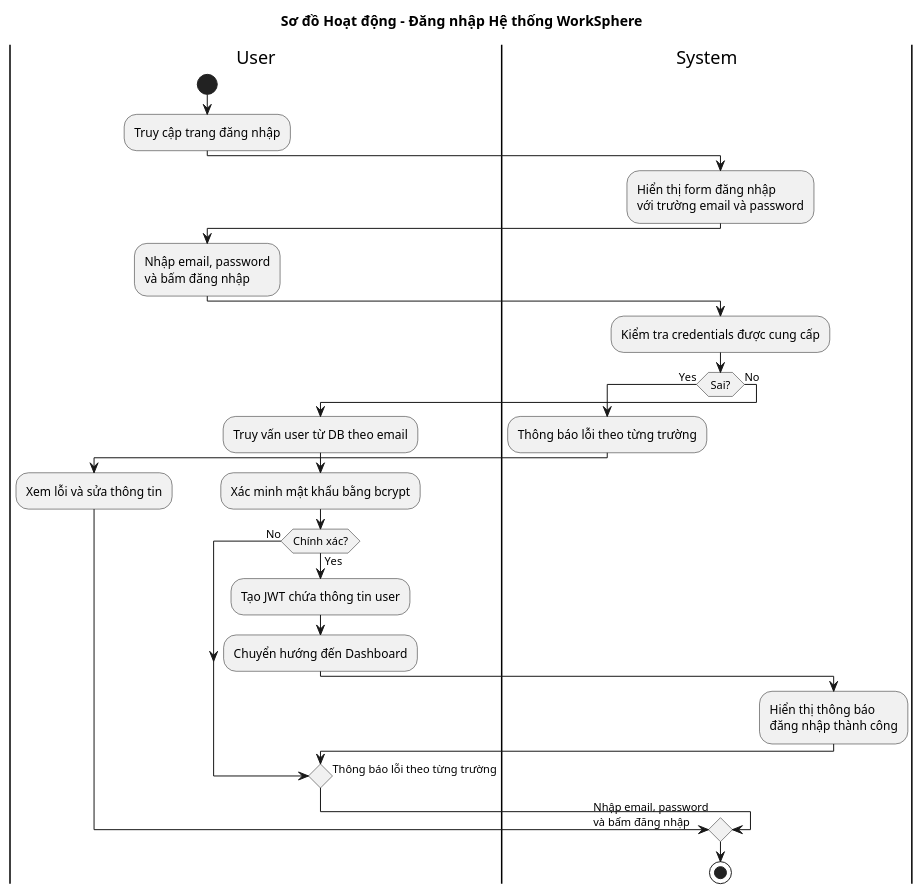
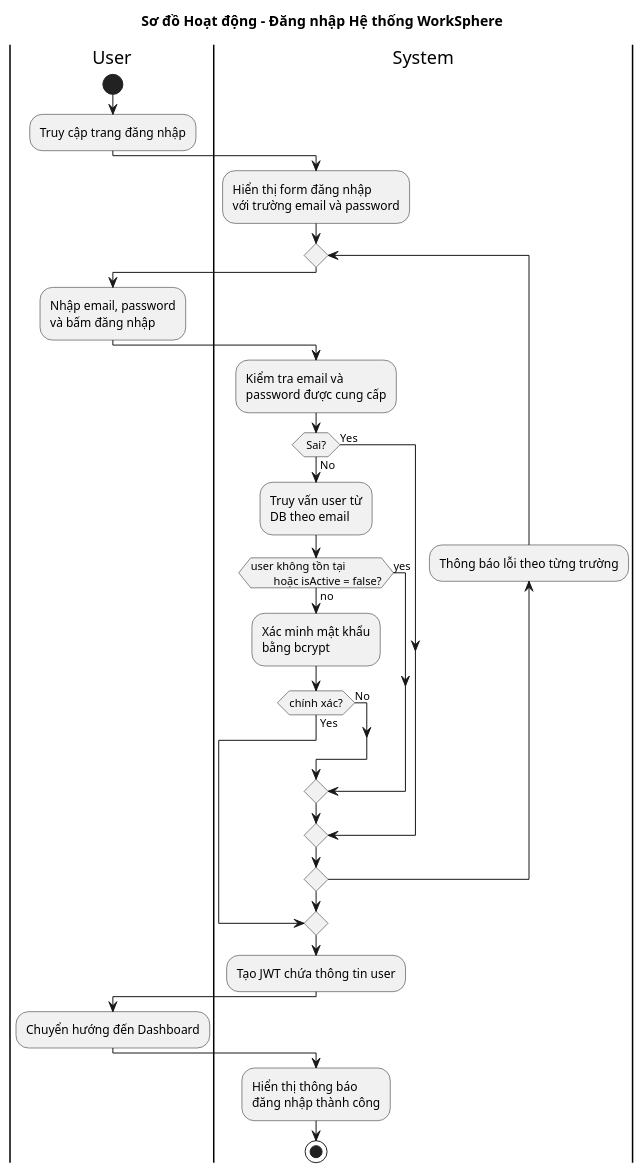
The diagram in docs/activity/01_login.md (docuong039/worksphere), drawn with PlantUML before and after one commit. The commit also changed other lines of this file and 26 other files, not shown here.

Commit message:
update diagram

````diff
--- a/docs/activity/01_login.md
+++ b/docs/activity/01_login.md
@@ -9,47 +9,57 @@
 ```plantuml
 @startuml
 title Sơ đồ Hoạt động - Đăng nhập Hệ thống WorkSphere
 
 |User|
 start
 :Truy cập trang đăng nhập;
 
 |System|
 :Hiển thị form đăng nhập
 với trường email và password;
 
-|User|
-:Nhập email, password
-và bấm đăng nhập;
+repeat
+
+    |User|
+    :Nhập email, password
+    và bấm đăng nhập;
+
+    |System|
+    :Kiểm tra email và
+    password được cung cấp;
+
+    if (Sai?) then (Yes)
+    else (No)
+        :Truy vấn user từ
+        DB theo email;
+
+        if (user không tồn tại
+        hoặc isActive = false?) then (yes)
+        else (no)
+            :Xác minh mật khẩu
+            bằng bcrypt;
+
+            if (chính xác?) then (Yes)
+                break
+            else (No)
+            endif
+        endif
+    endif
+
+backward :Thông báo lỗi theo từng trường;
+repeat while ()
 
 |System|
-:Kiểm tra credentials được cung cấp;
+:Tạo JWT chứa thông tin user;
 
-if (Sai?) then (Yes)
-    :Thông báo lỗi theo từng trường;
-    |User|
-    :Xem lỗi và sửa thông tin;
-    -> Nhập email, password
-và bấm đăng nhập;
-else (No)
-    :Truy vấn user từ DB theo email;
-    :Xác minh mật khẩu bằng bcrypt;
+|User|
+:Chuyển hướng đến Dashboard;
 
-    if (Chính xác?) then (Yes)
-        :Tạo JWT chứa thông tin user;
-
-        |User|
-        :Chuyển hướng đến Dashboard;
-
-        |System|
-        :Hiển thị thông báo
+|System|
+:Hiển thị thông báo
 đăng nhập thành công;
-    else (No)
-        -> Thông báo lỗi theo từng trường;
-    endif
-endif
 
 stop
 
 @enduml
 ```
````
